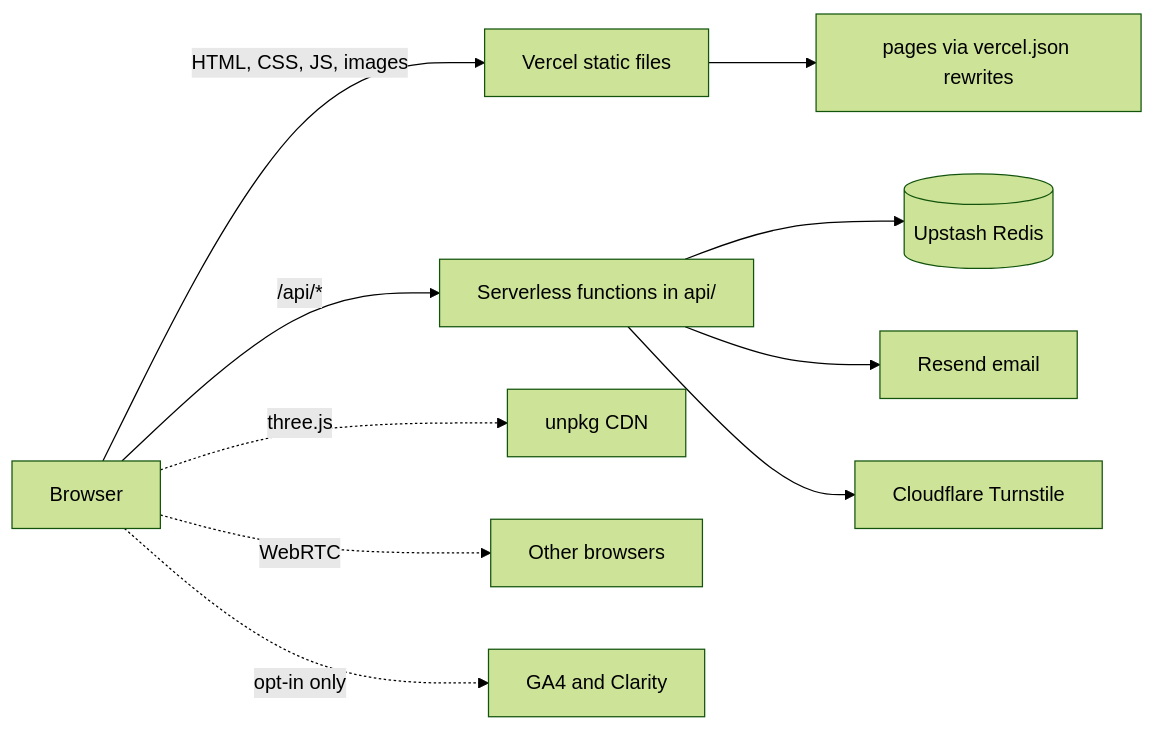
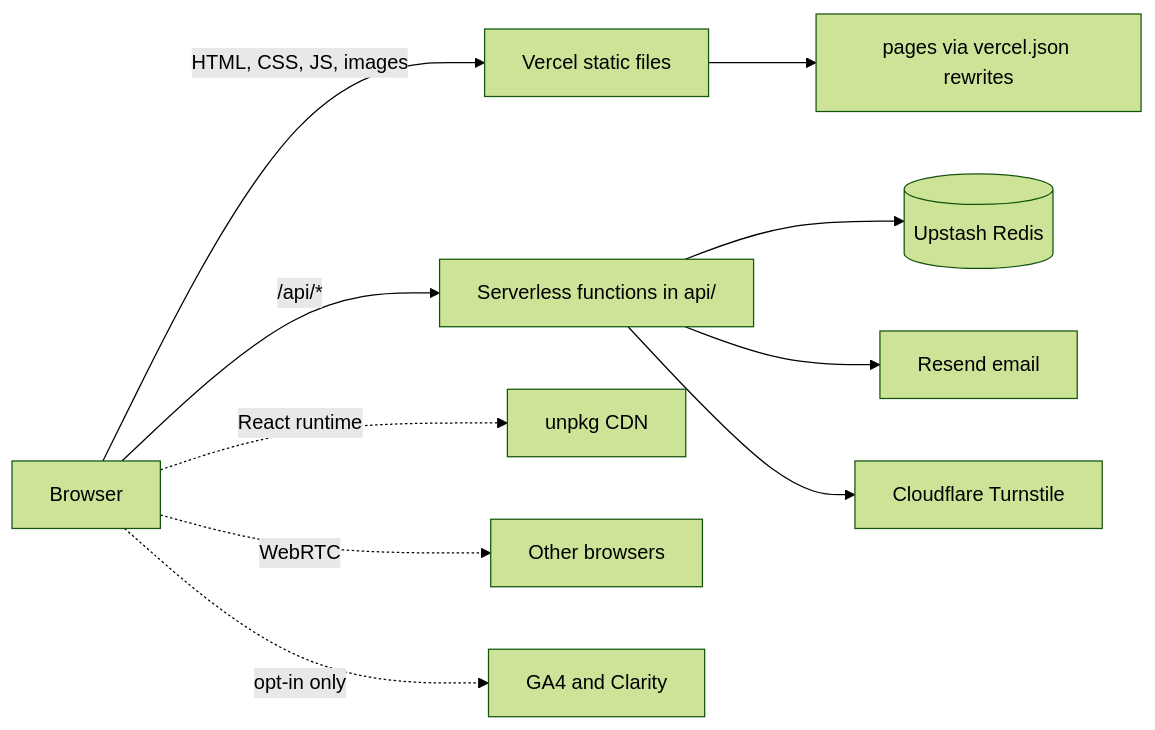
Before and after one commit to aashisharyan2595/aashishpandey-FE: the second of 3 diagrams in README.md, drawn with Mermaid (forest theme). The commit also changed other lines of this file and 6 other files, not shown here.

First line of the commit message:
Self-host three.js 0.184 (minified) instead of loading it from unpkg

````diff
--- a/README.md
+++ b/README.md
@@ -102,12 +102,12 @@
 ```mermaid
 flowchart LR
     B[Browser] -->|HTML, CSS, JS, images| V[Vercel static files]
     V --> P[pages via vercel.json rewrites]
     B -->|/api/*| F[Serverless functions in api/]
     F --> R[(Upstash Redis)]
     F --> M[Resend email]
     F --> T[Cloudflare Turnstile]
-    B -.->|three.js| U[unpkg CDN]
+    B -.->|React runtime| U[unpkg CDN]
     B -.->|WebRTC| B2[Other browsers]
     B -.->|opt-in only| A[GA4 and Clarity]
 ```
````
